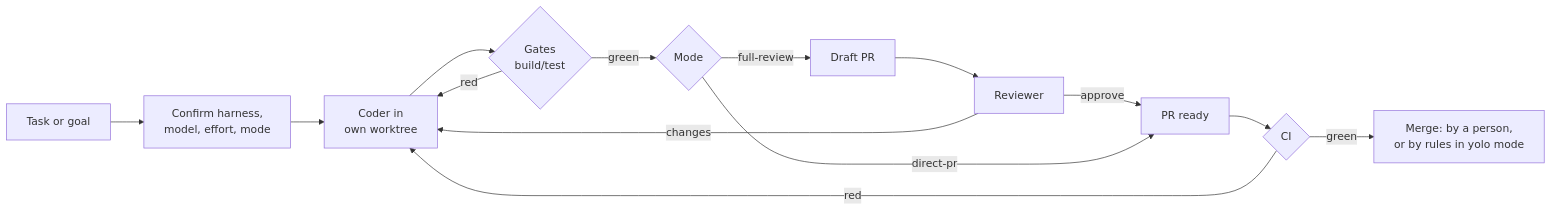
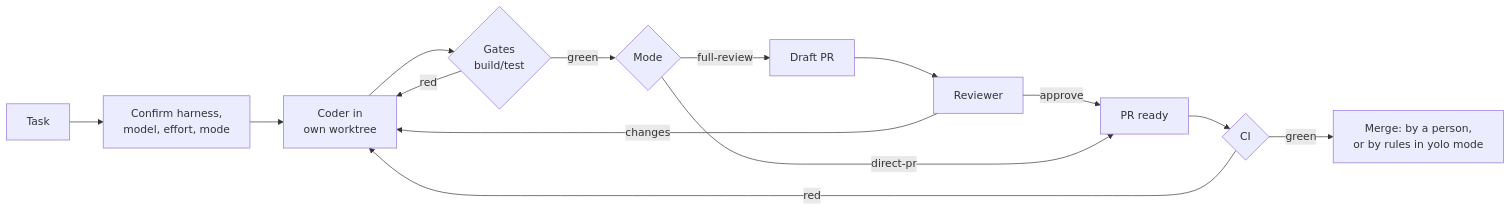
One commit to duykhanh01/cuesura changed the diagram in README.md. Above: the diagram before and after it, drawn with Mermaid. The commit also changed other lines of this file and 2 other files, not shown here.

````diff
--- a/README.md
+++ b/README.md
@@ -36,16 +36,16 @@
 ```mermaid
 flowchart LR
-  A[Task or goal] --> B[Confirm harness,<br/>model, effort, mode]
+  A[Task] --> B[Confirm harness,<br/>model, effort, mode]
   B --> C[Coder in<br/>own worktree]
   C --> D{Gates<br/>build/test}
   D -- red --> C
   D -- green --> E{Mode}
   E -- full-review --> F[Draft PR]
   F --> G[Reviewer]
   G -- changes --> C
   G -- approve --> H[PR ready]
   E -- direct-pr --> H
   H --> I{CI}
   I -- red --> C
   I -- green --> J[Merge: by a person,<br/>or by rules in yolo mode]
 ```
````
